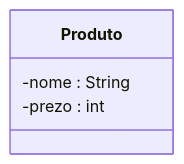
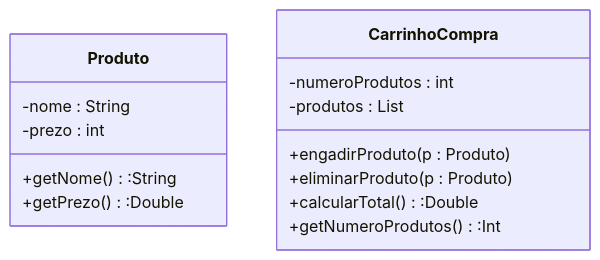
One commit to candidorp/e7 changed the diagram in Docs/DiagramaDeClases.mmd. Above: the diagram before and after it, drawn with Mermaid.

```diff
--- a/Docs/DiagramaDeClases.mmd
+++ b/Docs/DiagramaDeClases.mmd
@@ -1,6 +1,17 @@
 classDiagram
     class Produto{
         -nome : String
         -prezo : int
+        +getNome():String
+        +getPrezo():Double
+    }
 
+    class CarrinhoCompra{
+        -numeroProdutos : int
+        -produtos : List<produto>
+
+        +engadirProduto(p : Produto)
+        +eliminarProduto(p : Produto)
+        +calcularTotal():Double
+        +getNumeroProdutos():Int
     }
```
